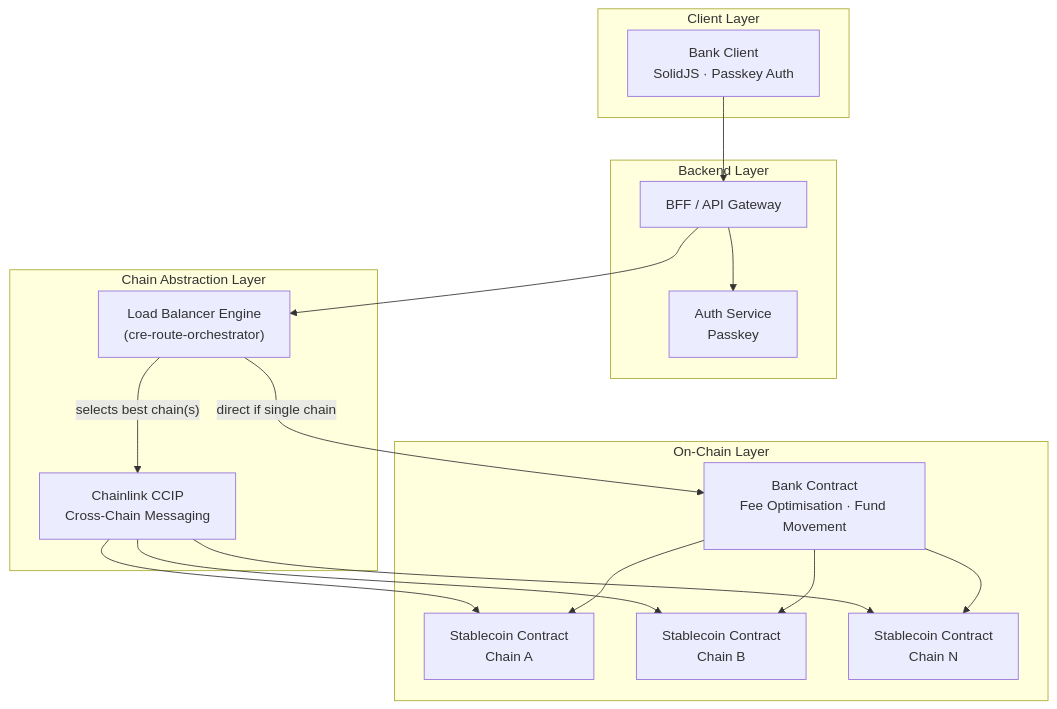
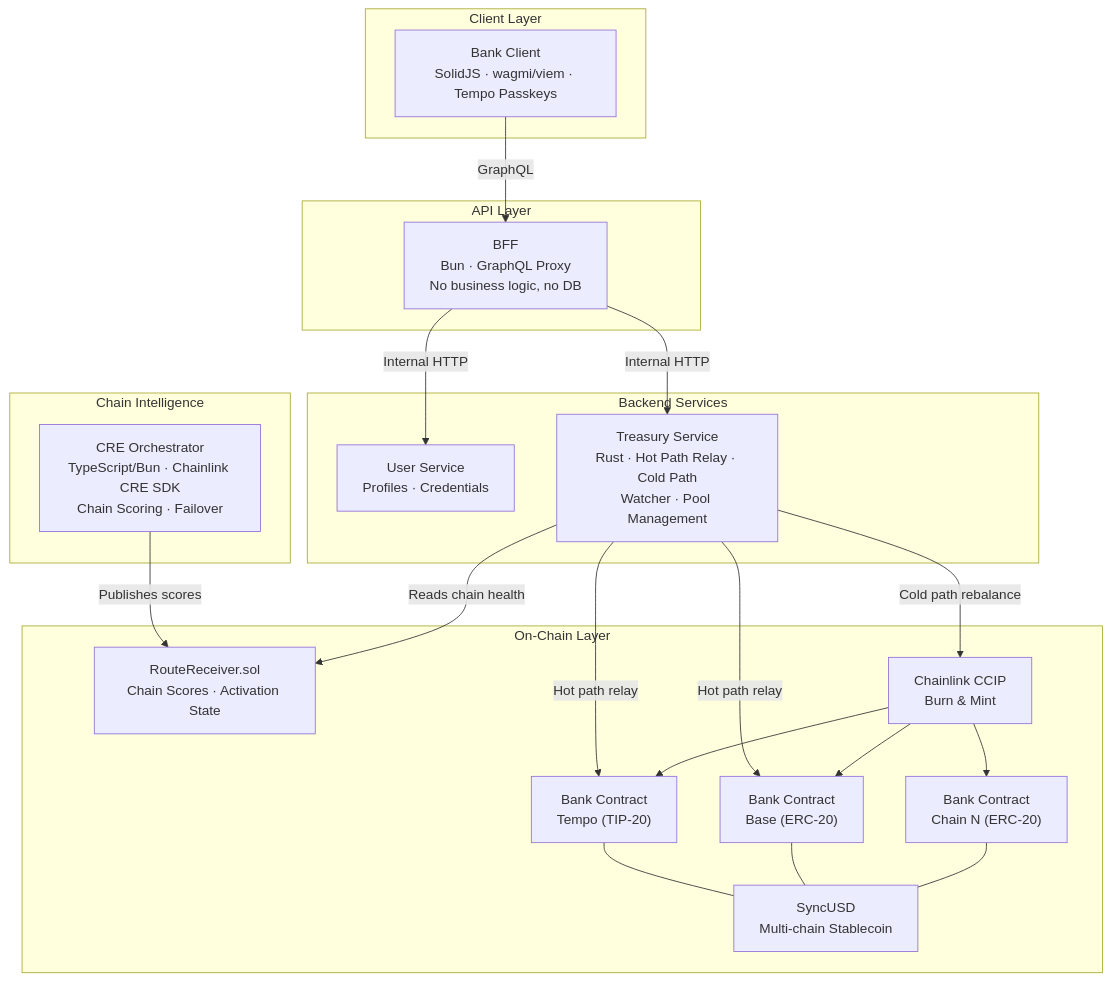
Before and after one commit to balnoumair/web-3-bank: the diagram in README.md, drawn with Mermaid. The commit also changed other lines of this file and 18 other files, not shown here.

First line of the commit message:
Architecture consolidation: service boundaries, hot path relay, and implementation tasks (#1)

````diff
--- a/README.md
+++ b/README.md
@@ -20,38 +20,45 @@
 ```mermaid
 flowchart TB
     subgraph "Client Layer"
-        UI["Bank Client<br/>SolidJS · Passkey Auth"]
+        UI["Bank Client<br/>SolidJS · wagmi/viem · Tempo Passkeys"]
     end
 
-    subgraph "Backend Layer"
-        BFF["BFF / API Gateway"]
-        AUTH["Auth Service<br/>Passkey"]
+    subgraph "API Layer"
+        BFF["BFF<br/>Bun · GraphQL Proxy<br/>No business logic, no DB"]
     end
 
-    subgraph "Chain Abstraction Layer"
-        LB["Load Balancer Engine<br/>(cre-route-orchestrator)"]
-        CCIP["Chainlink CCIP<br/>Cross-Chain Messaging"]
+    subgraph "Backend Services"
+        USER["User Service<br/>Profiles · Credentials"]
+        TREASURY["Treasury Service<br/>Rust · Hot Path Relay · Cold Path<br/>Watcher · Pool Management"]
+    end
+
+    subgraph "Chain Intelligence"
+        CRE["CRE Orchestrator<br/>TypeScript/Bun · Chainlink CRE SDK<br/>Chain Scoring · Failover"]
     end
 
     subgraph "On-Chain Layer"
-        SC_A["Stablecoin Contract<br/>Chain A"]
-        SC_B["Stablecoin Contract<br/>Chain B"]
-        SC_N["Stablecoin Contract<br/>Chain N"]
-        BANK["Bank Contract<br/>Fee Optimisation · Fund Movement"]
+        RR["RouteReceiver.sol<br/>Chain Scores · Activation State"]
+        BANK_T["Bank Contract<br/>Tempo (TIP-20)"]
+        BANK_B["Bank Contract<br/>Base (ERC-20)"]
+        BANK_N["Bank Contract<br/>Chain N (ERC-20)"]
+        SYNC["SyncUSD<br/>Multi-chain Stablecoin"]
+        CCIP["Chainlink CCIP<br/>Burn & Mint"]
     end
 
-    UI --> BFF
-    BFF --> AUTH
-    BFF --> LB
+    UI -->|GraphQL| BFF
+    BFF -->|Internal HTTP| USER
+    BFF -->|Internal HTTP| TREASURY
 
-    LB -->|"selects best chain(s)"| CCIP
-    LB -->|"direct if single chain"| BANK
+    CRE -->|Publishes scores| RR
+    TREASURY -->|Reads chain health| RR
+    TREASURY -->|Hot path relay| BANK_T
+    TREASURY -->|Hot path relay| BANK_B
+    TREASURY -->|Cold path rebalance| CCIP
 
-    CCIP --> SC_A
-    CCIP --> SC_B
-    CCIP --> SC_N
-
-    BANK --> SC_A
-    BANK --> SC_B
-    BANK --> SC_N
+    BANK_T --- SYNC
+    BANK_B --- SYNC
+    BANK_N --- SYNC
+    CCIP --> BANK_T
+    CCIP --> BANK_B
+    CCIP --> BANK_N
 ```
````
